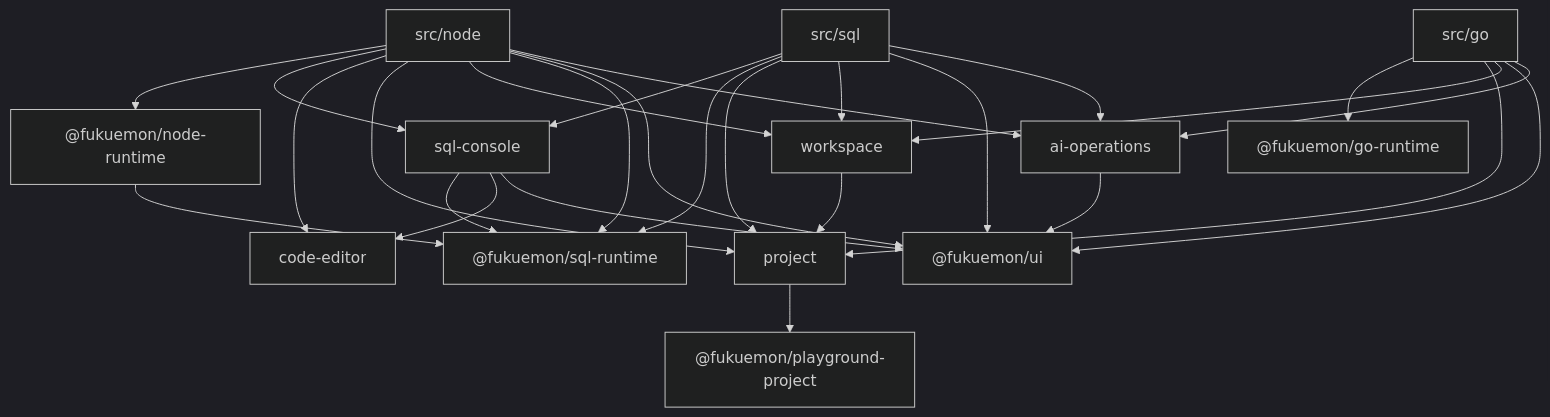
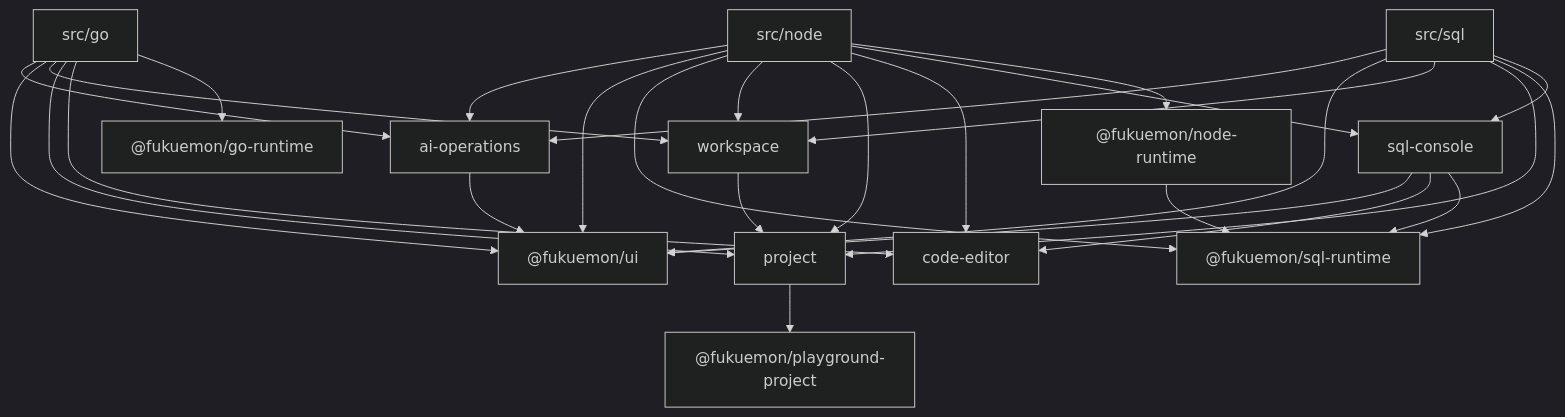
One commit to Fukuemon/fukuemon.dev changed the first of 3 diagrams in apps/playground/DesignDoc.md. Above: the diagram before and after it, drawn with Mermaid (dark theme). The commit also changed other lines of this file and 1 other file, not shown here.

````diff
--- a/apps/playground/DesignDoc.md
+++ b/apps/playground/DesignDoc.md
@@ -121,43 +121,44 @@
 ```mermaid
 flowchart TB
   node["src/node"]
   sql["src/sql"]
   go["src/go"]
   console["sql-console"]
   codeeditor["code-editor"]
   runtime["@fukuemon/node-runtime"]
   database["@fukuemon/sql-runtime"]
   runner["@fukuemon/go-runtime"]
   project["project"]
   workspace["workspace"]
   ui["@fukuemon/ui"]
   ai["ai-operations"]
   pp["@fukuemon/playground-project"]
 
   node --> runtime
   node --> console
   node --> codeeditor
   node --> project
   node --> workspace
   node --> database
   node --> ui
   node --> ai
   ai --> ui
   sql --> console
   sql --> database
   sql --> project
   sql --> workspace
   sql --> ui
   sql --> ai
   go --> runner
+  go --> codeeditor
   go --> project
   go --> workspace
   go --> ui
   go --> ai
   console --> database
   console --> codeeditor
   console --> ui
   runtime --> database
   workspace --> project
   project --> pp
 ```
````
